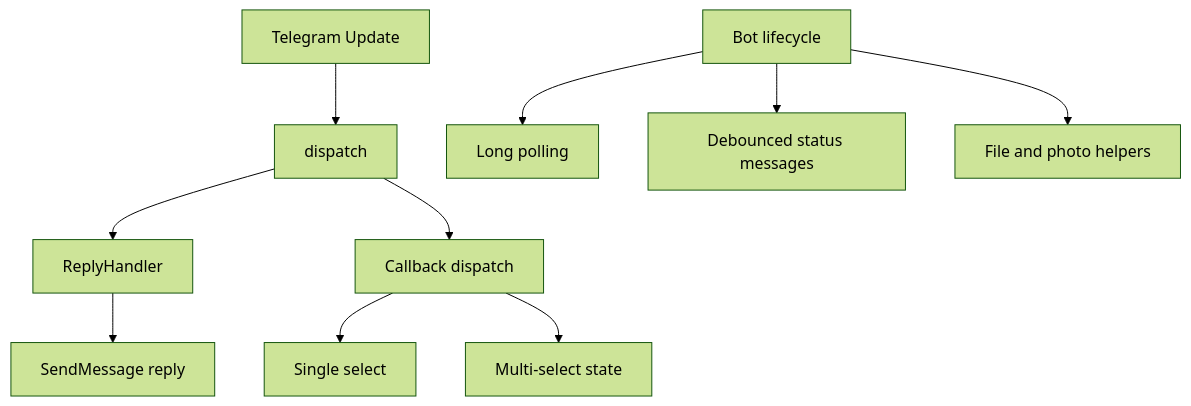
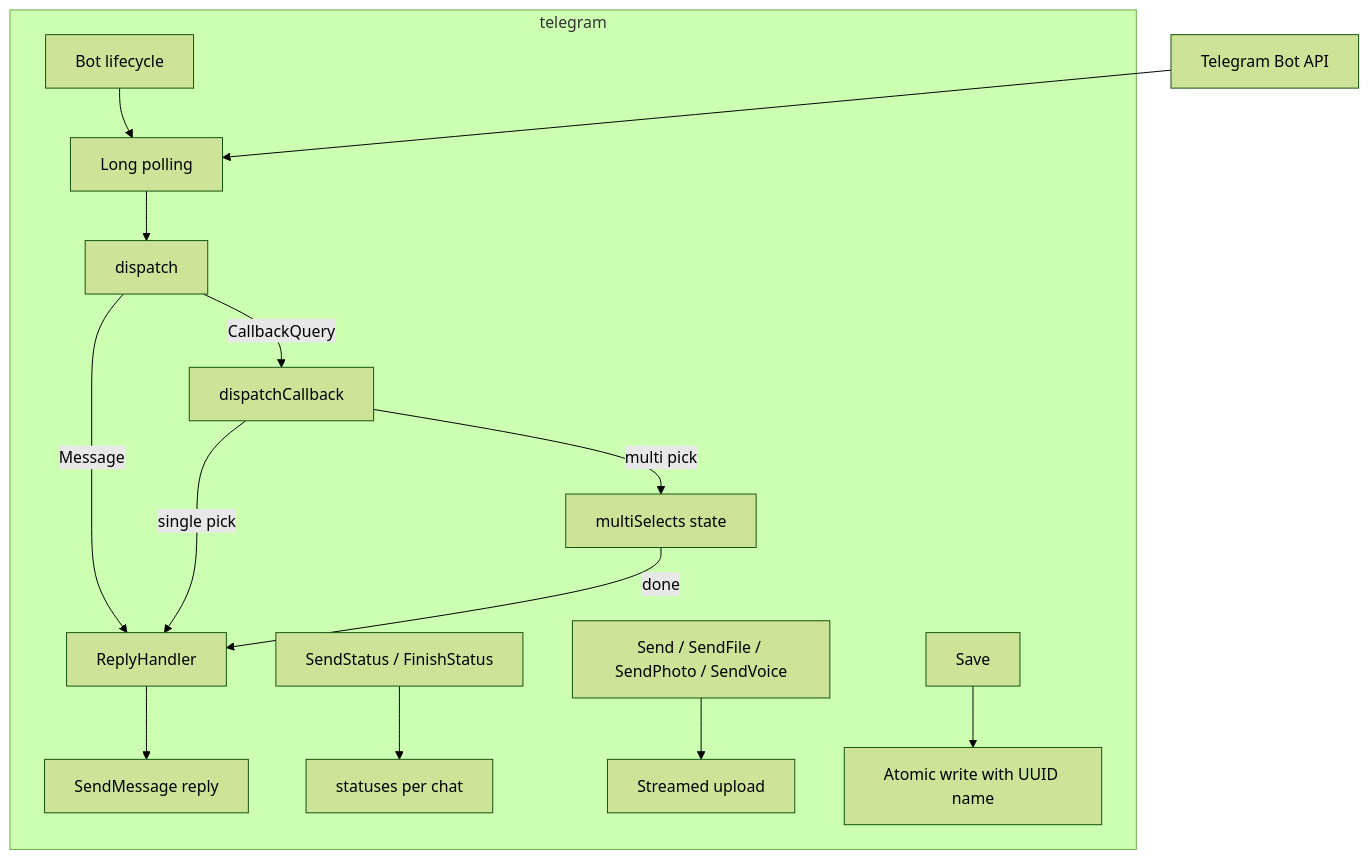
One commit to pardnchiu/go-bot changed the second of 7 diagrams in doc/architecture.md. Above: the diagram before and after it, drawn with Mermaid (forest theme). The commit also changed other lines of this file and 5 other files, not shown here.

````diff
--- a/doc/architecture.md
+++ b/doc/architecture.md
@@ -24,12 +29,17 @@
 ```mermaid
 graph TB
-    Update[Telegram Update] --> Dispatch[dispatch]
-    Dispatch --> Handler[ReplyHandler]
-    Handler --> Reply[SendMessage reply]
-    Dispatch --> Callback[Callback dispatch]
-    Callback --> Single[Single select]
-    Callback --> Multi[Multi-select state]
-    Bot[Bot lifecycle] --> Poll[Long polling]
-    Bot --> Status[Debounced status messages]
-    Bot --> Media[File and photo helpers]
+    subgraph telegram
+        Bot[Bot lifecycle] --> Poll[Long polling]
+        Poll --> Dispatch[dispatch]
+        Dispatch -->|Message| Handler[ReplyHandler]
+        Dispatch -->|CallbackQuery| Callback[dispatchCallback]
+        Callback -->|single pick| Handler
+        Callback -->|multi pick| Multi[multiSelects state]
+        Multi -->|done| Handler
+        Handler --> Reply[SendMessage reply]
+        Status[SendStatus / FinishStatus] --> Statuses[statuses per chat]
+        Media[Send / SendFile / SendPhoto / SendVoice] --> Upload[Streamed upload]
+        Save[Save] --> Disk[Atomic write with UUID name]
+    end
+    API[Telegram Bot API] --> Poll
 ```
````
